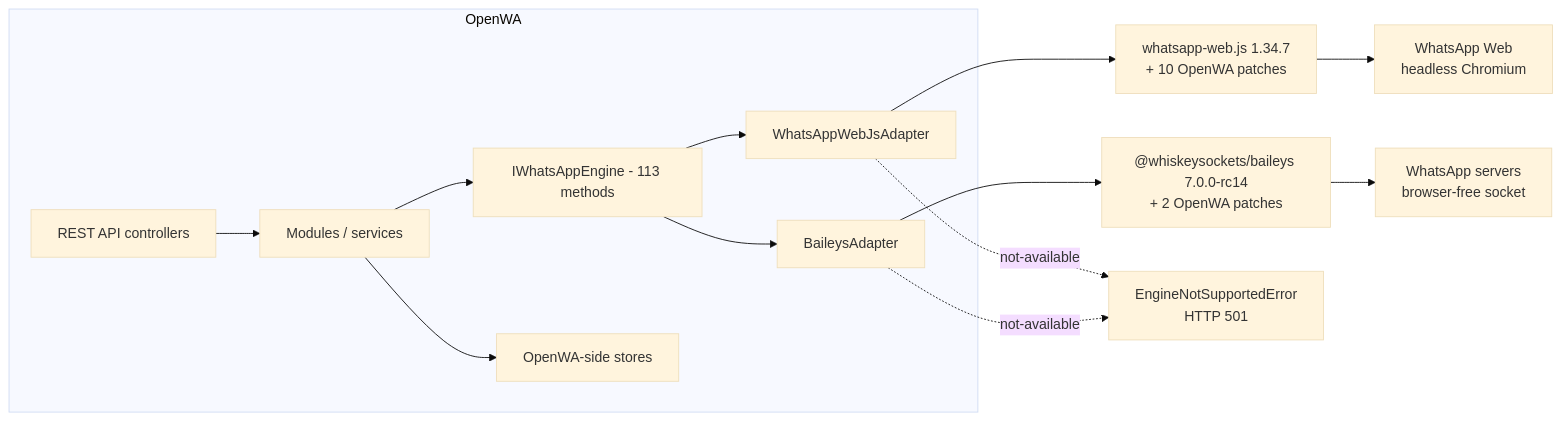
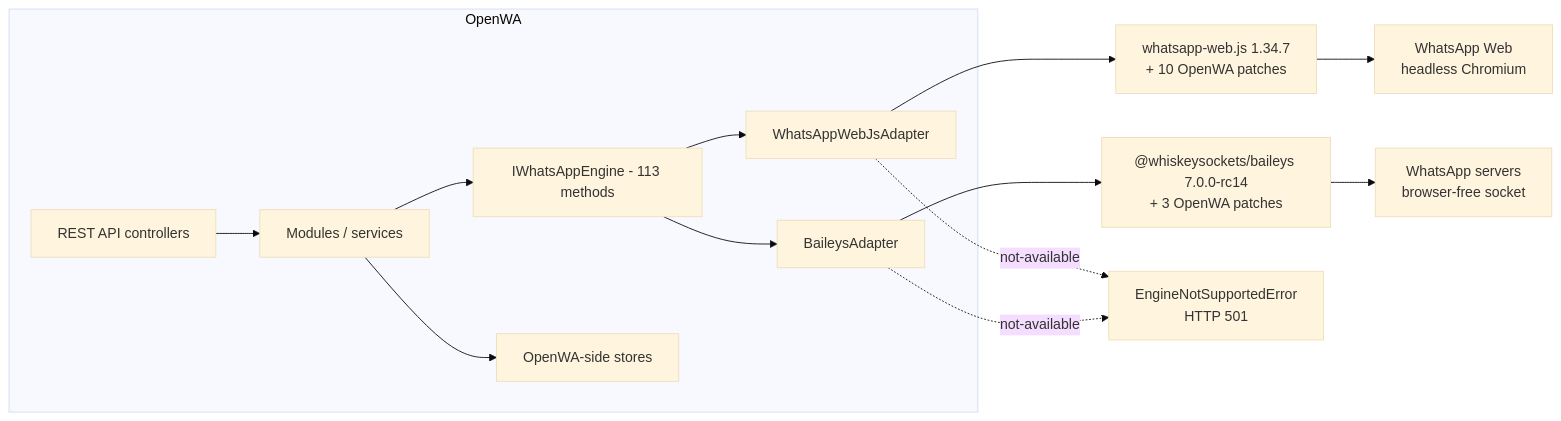
One commit to AntoineTROOVY/Sherlo changed the first of 2 diagrams in docs/29-engine-capability-matrix.md. Above: the diagram before and after it, drawn with Mermaid (base theme). The commit also changed other lines of this file and 11 other files, not shown here.

````diff
--- a/docs/29-engine-capability-matrix.md
+++ b/docs/29-engine-capability-matrix.md
@@ -44,16 +44,16 @@
 ```mermaid
 flowchart LR
     subgraph OpenWA["OpenWA"]
         API["REST API controllers"] --> SVC["Modules / services"]
         SVC --> IF["IWhatsAppEngine - 113 methods"]
         IF --> WA["WhatsAppWebJsAdapter"]
         IF --> BA["BaileysAdapter"]
         SVC --> STORE["OpenWA-side stores"]
     end
     WA --> WLIB["whatsapp-web.js 1.34.7<br/>+ 10 OpenWA patches"]
-    BA --> BLIB["@whiskeysockets/baileys 7.0.0-rc14<br/>+ 2 OpenWA patches"]
+    BA --> BLIB["@whiskeysockets/baileys 7.0.0-rc14<br/>+ 3 OpenWA patches"]
     WLIB --> WEB["WhatsApp Web<br/>headless Chromium"]
     BLIB --> WAS["WhatsApp servers<br/>browser-free socket"]
     WA -.->|"not-available"| E["EngineNotSupportedError<br/>HTTP 501"]
     BA -.->|"not-available"| E
 ```
````
